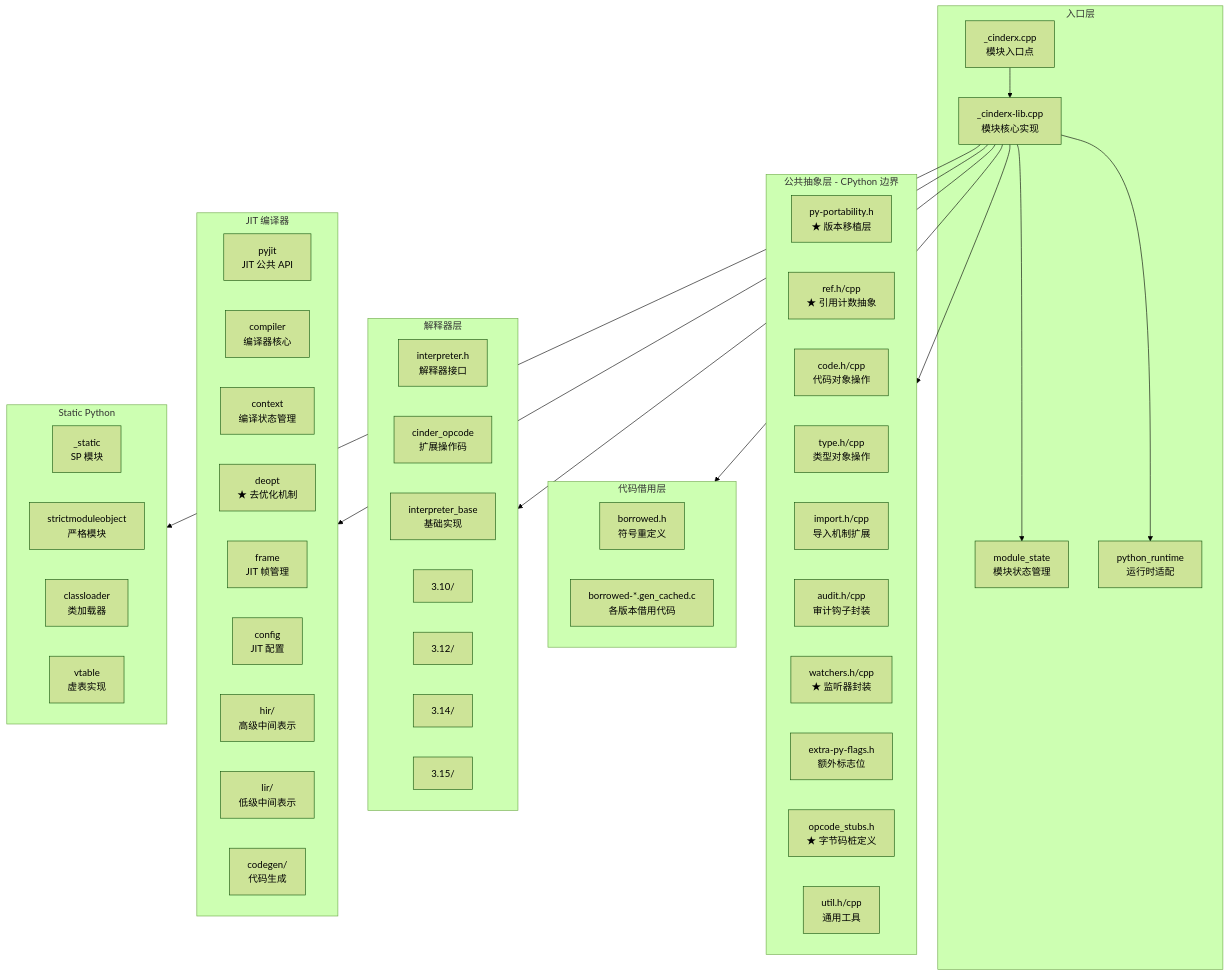
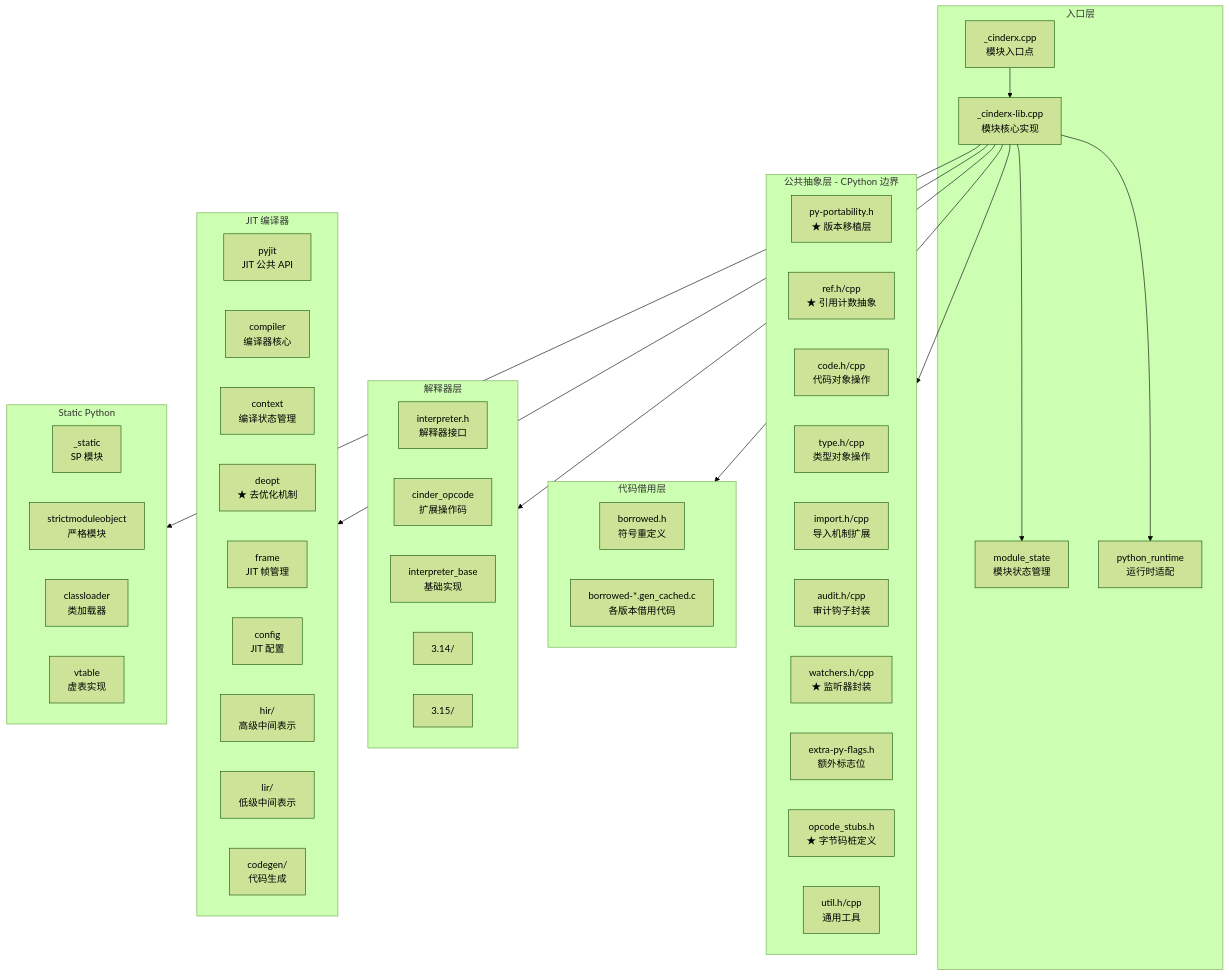
One commit to Cookie4Cat/cinderx changed the fourth of 11 diagrams in cinderx/Docs/arch.md. Above: the diagram before and after it, drawn with Mermaid (forest theme). The commit also changed other lines of this file, not shown here.

````diff
--- a/cinderx/Docs/arch.md
+++ b/cinderx/Docs/arch.md
@@ -180,65 +175,63 @@
 ```mermaid
 graph TB
     subgraph Entry["入口层"]
         _cinderx["_cinderx.cpp<br/>模块入口点"]
         _cinderx_lib["_cinderx-lib.cpp<br/>模块核心实现"]
         module_state["module_state<br/>模块状态管理"]
         py_runtime["python_runtime<br/>运行时适配"]
     end
 
     subgraph Common["公共抽象层 - CPython 边界"]
         portability["py-portability.h<br/>★ 版本移植层"]
         ref["ref.h/cpp<br/>★ 引用计数抽象"]
         code["code.h/cpp<br/>代码对象操作"]
         type["type.h/cpp<br/>类型对象操作"]
         imp["import.h/cpp<br/>导入机制扩展"]
         audit["audit.h/cpp<br/>审计钩子封装"]
         watchers["watchers.h/cpp<br/>★ 监听器封装"]
         flags["extra-py-flags.h<br/>额外标志位"]
         opcodes["opcode_stubs.h<br/>★ 字节码桩定义"]
         util["util.h/cpp<br/>通用工具"]
     end
 
     subgraph Borrow["代码借用层"]
         borrowed_h["borrowed.h<br/>符号重定义"]
         borrowed_c["borrowed-*.gen_cached.c<br/>各版本借用代码"]
     end
 
     subgraph Interp["解释器层"]
         interp_h["interpreter.h<br/>解释器接口"]
         cinder_op["cinder_opcode<br/>扩展操作码"]
         interp_base["interpreter_base<br/>基础实现"]
-        v310["3.10/"]
-        v312["3.12/"]
         v314["3.14/"]
         v315["3.15/"]
     end
 
     subgraph JIT["JIT 编译器"]
         pyjit["pyjit<br/>JIT 公共 API"]
         compiler["compiler<br/>编译器核心"]
         context["context<br/>编译状态管理"]
         deopt["deopt<br/>★ 去优化机制"]
         frame["frame<br/>JIT 帧管理"]
         config["config<br/>JIT 配置"]
         hir["hir/<br/>高级中间表示"]
         lir["lir/<br/>低级中间表示"]
         codegen["codegen/<br/>代码生成"]
     end
 
     subgraph SP["Static Python"]
         static["_static<br/>SP 模块"]
         strict_mod["strictmoduleobject<br/>严格模块"]
         classloader["classloader<br/>类加载器"]
         vtable["vtable<br/>虚表实现"]
     end
 
     _cinderx --> _cinderx_lib
     _cinderx_lib --> module_state
     _cinderx_lib --> py_runtime
     _cinderx_lib --> Common
     _cinderx_lib --> Borrow
     _cinderx_lib --> Interp
     _cinderx_lib --> JIT
     _cinderx_lib --> SP
 ```
````
